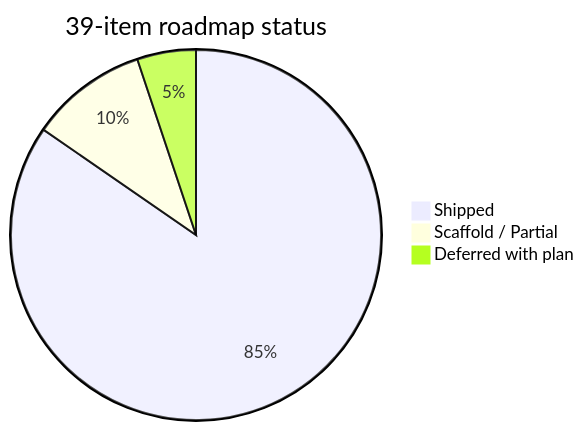
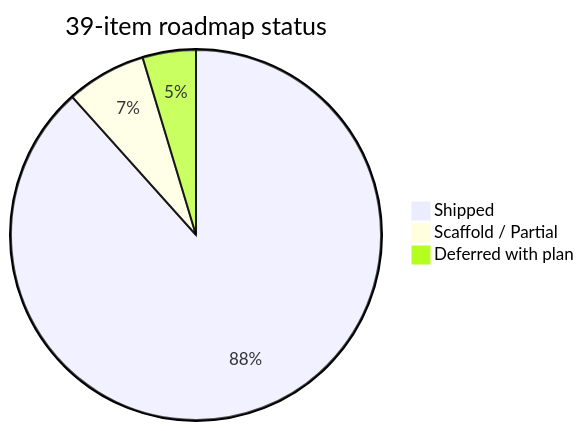
The first of 2 diagrams in docs/FEATURE_ROADMAP.md (mstits/Tooot), drawn with Mermaid before and after one commit. The commit also changed other lines of this file and 4 other files, not shown here.

````diff
--- a/docs/FEATURE_ROADMAP.md
+++ b/docs/FEATURE_ROADMAP.md
@@ -9,6 +9,6 @@
 ```mermaid
 pie title 39-item roadmap status
-    "Shipped" : 33
-    "Scaffold / Partial" : 4
+    "Shipped" : 38
+    "Scaffold / Partial" : 3
     "Deferred with plan" : 2
 ```
````
